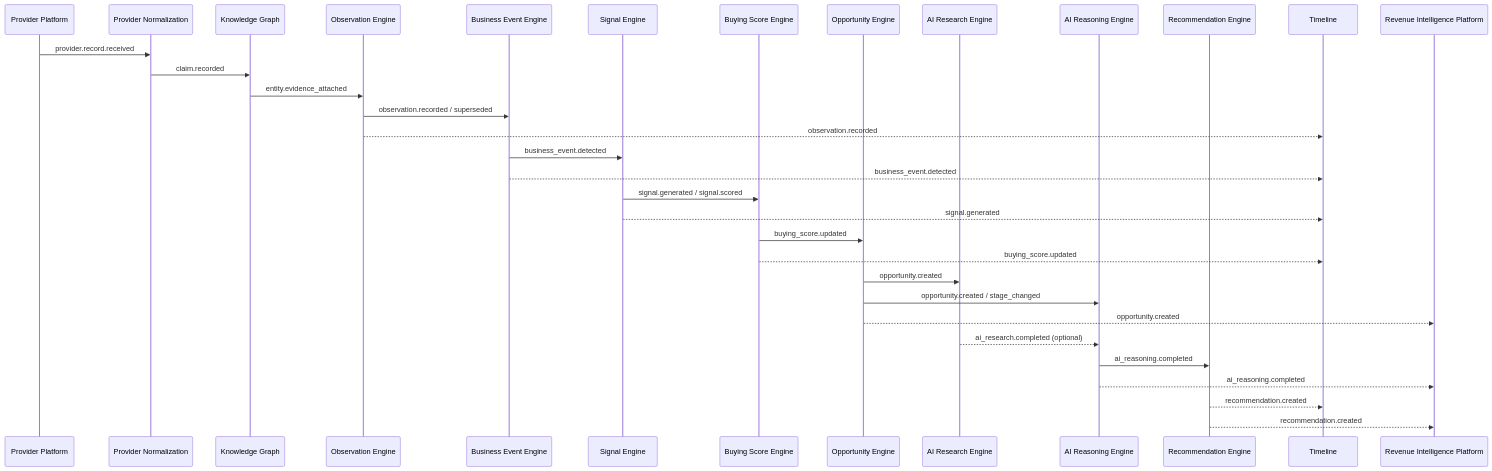
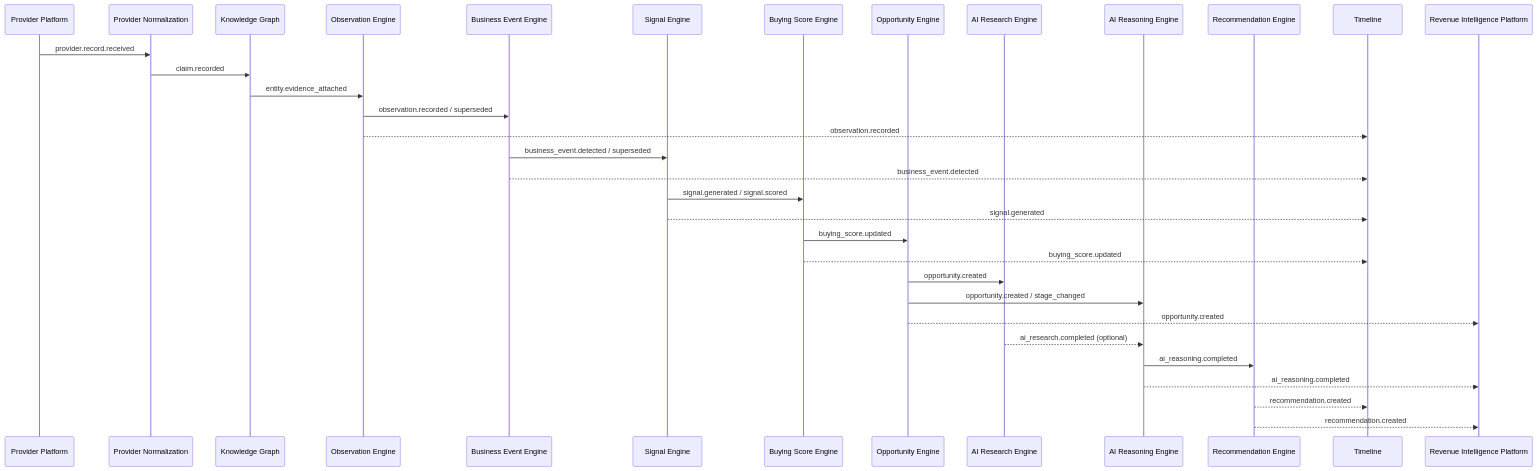
One commit to GaneshDabhade/Fortune_Signora changed the first of 2 diagrams in docs/architecture/06-events.md. Above: the diagram before and after it, drawn with Mermaid. The commit also changed other lines of this file and 41 other files, not shown here.

````diff
--- a/docs/architecture/06-events.md
+++ b/docs/architecture/06-events.md
@@ -78,36 +78,36 @@
 ```mermaid
 sequenceDiagram
     participant PP as Provider Platform
     participant PN as Provider Normalization
     participant KG as Knowledge Graph
     participant OE as Observation Engine
     participant BEE as Business Event Engine
     participant SE as Signal Engine
     participant BSE as Buying Score Engine
     participant OP as Opportunity Engine
     participant ARE as AI Research Engine
     participant AIR as AI Reasoning Engine
     participant RE as Recommendation Engine
     participant TL as Timeline
     participant RI as Revenue Intelligence Platform
 
     PP->>PN: provider.record.received
     PN->>KG: claim.recorded
     KG->>OE: entity.evidence_attached
     OE->>BEE: observation.recorded / superseded
     OE-->>TL: observation.recorded
-    BEE->>SE: business_event.detected
+    BEE->>SE: business_event.detected / superseded
     BEE-->>TL: business_event.detected
     SE->>BSE: signal.generated / signal.scored
     SE-->>TL: signal.generated
     BSE->>OP: buying_score.updated
     BSE-->>TL: buying_score.updated
     OP->>ARE: opportunity.created
     OP->>AIR: opportunity.created / stage_changed
     OP-->>RI: opportunity.created
     ARE-->>AIR: ai_research.completed (optional)
     AIR->>RE: ai_reasoning.completed
     AIR-->>RI: ai_reasoning.completed
     RE-->>TL: recommendation.created
     RE-->>RI: recommendation.created
 ```
````
